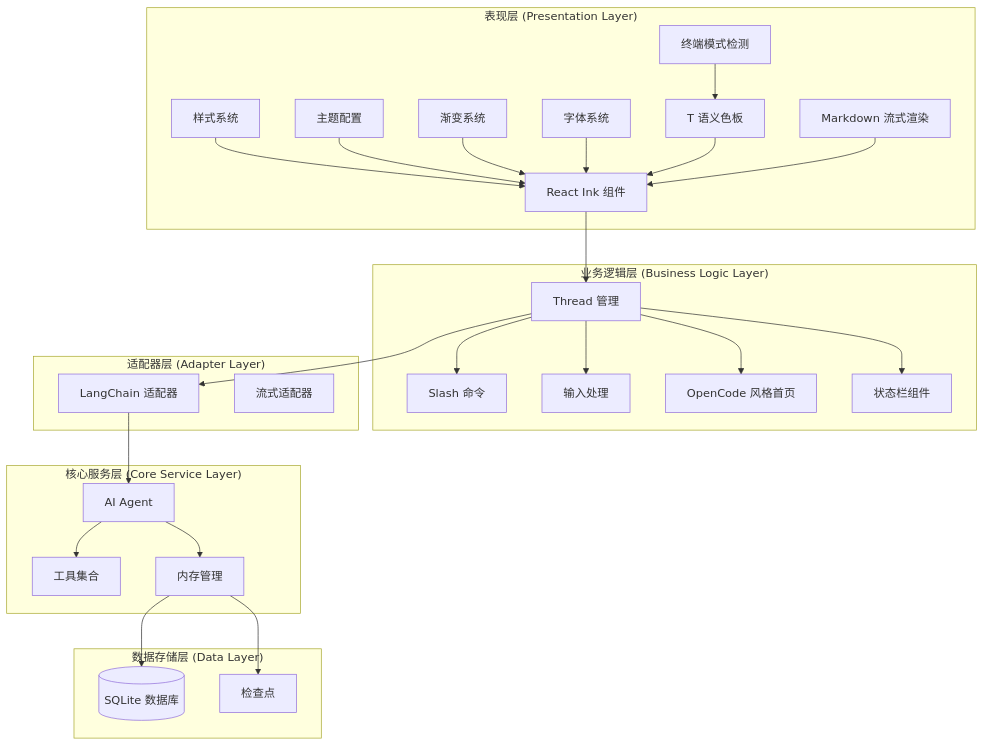
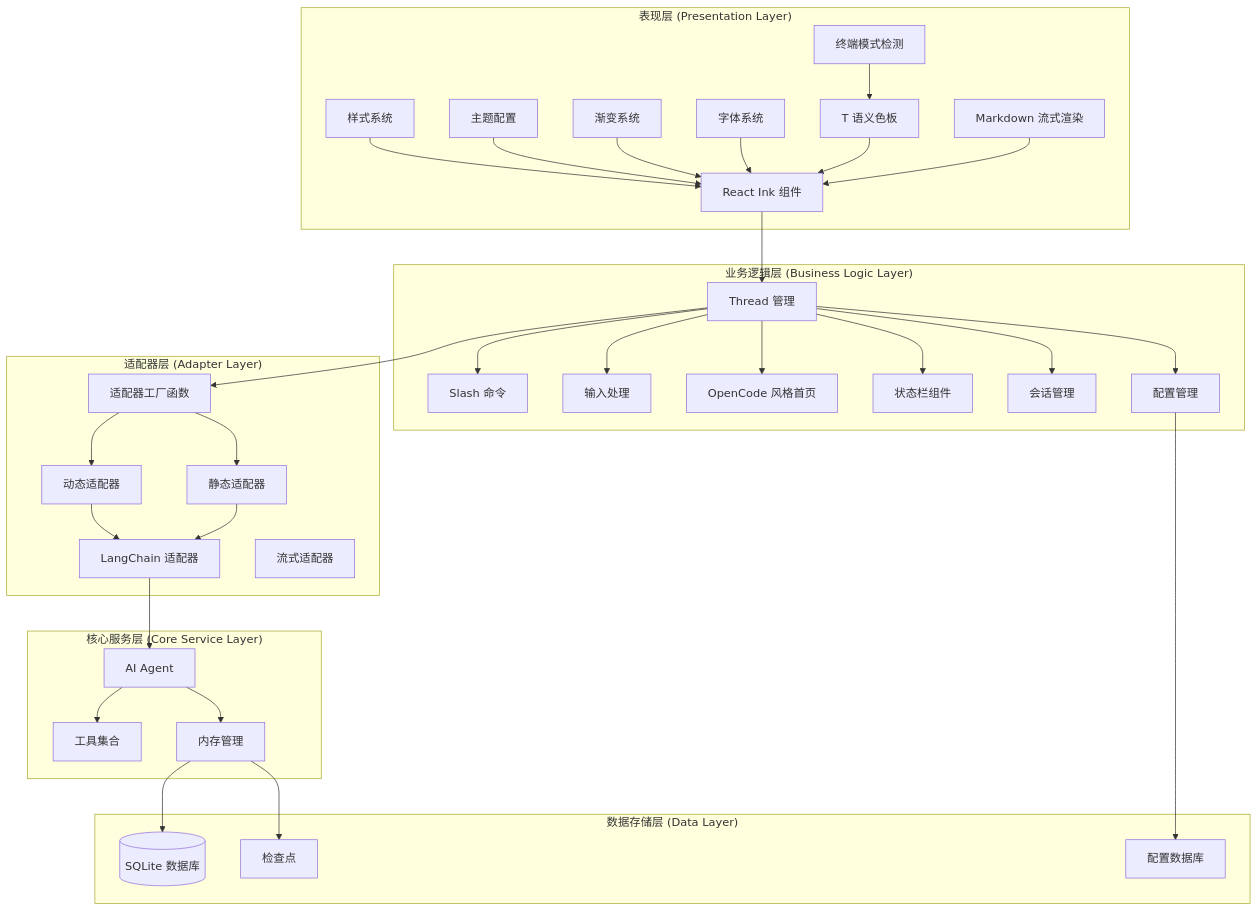
One commit to HAOFUYANG/onion-code changed the fourth of 14 diagrams in .qoder/repowiki/zh/content/核心架构/React 终端 UI 组件.md. Above: the diagram before and after it, drawn with Mermaid. The commit also changed other lines of this file and 29 other files, not shown here.

````diff
--- a/.qoder/repowiki/zh/content/核心架构/React 终端 UI 组件.md
+++ b/.qoder/repowiki/zh/content/核心架构/React 终端 UI 组件.md
@@ -221,51 +237,64 @@
 ```mermaid
 graph TB
 subgraph "表现层 (Presentation Layer)"
 UI[React Ink 组件]
 Styles[样式系统]
 Themes[主题配置]
 Gradient[渐变系统]
 Figlet[字体系统]
 T[T 语义色板]
 TerminalMode[终端模式检测]
 Markdown[Markdown 流式渲染]
 end
 subgraph "业务逻辑层 (Business Logic Layer)"
 Thread[Thread 管理]
 Commands[Slash 命令]
 Input[输入处理]
 HomePage[OpenCode 风格首页]
 StatusBar[状态栏组件]
+Sessions[会话管理]
+Config[配置管理]
 end
 subgraph "适配器层 (Adapter Layer)"
+AdapterFactory[适配器工厂函数]
+DynamicAdapter[动态适配器]
+StaticAdapter[静态适配器]
 LangChainAdapter[LangChain 适配器]
 StreamAdapter[流式适配器]
 end
 subgraph "核心服务层 (Core Service Layer)"
 Agent[AI Agent]
 Tools[工具集合]
 Memory[内存管理]
 end
 subgraph "数据存储层 (Data Layer)"
 SQLite[(SQLite 数据库)]
 Checkpoints[检查点]
+ConfigDB[配置数据库]
 end
 UI --> Thread
 Thread --> HomePage
 Thread --> Commands
 Thread --> Input
 Thread --> StatusBar
-Thread --> LangChainAdapter
+Thread --> Sessions
+Thread --> Config
+Thread --> AdapterFactory
+AdapterFactory --> DynamicAdapter
+AdapterFactory --> StaticAdapter
+DynamicAdapter --> LangChainAdapter
+StaticAdapter --> LangChainAdapter
 LangChainAdapter --> Agent
 Agent --> Tools
 Agent --> Memory
 Memory --> SQLite
 Memory --> Checkpoints
+Config --> ConfigDB
 Styles --> UI
 Themes --> UI
 Gradient --> UI
 Figlet --> UI
 T --> UI
 TerminalMode --> T
 Markdown --> UI
 ```
````
